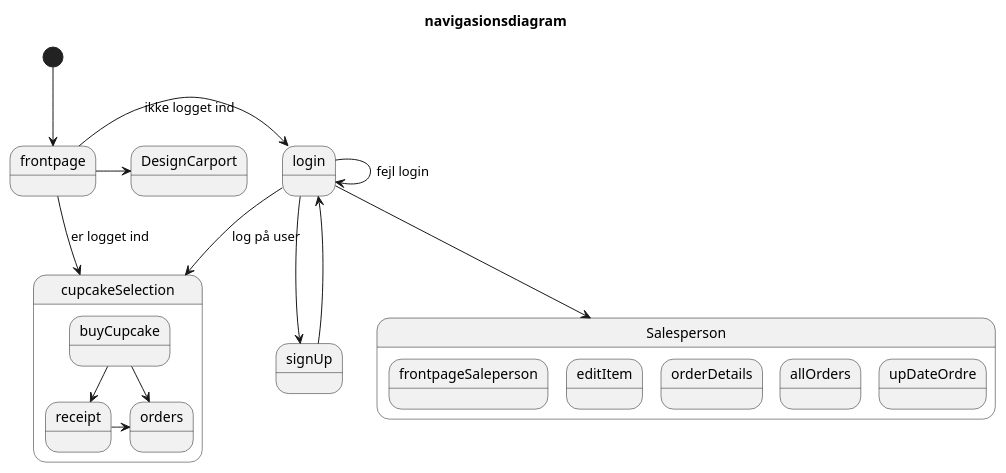
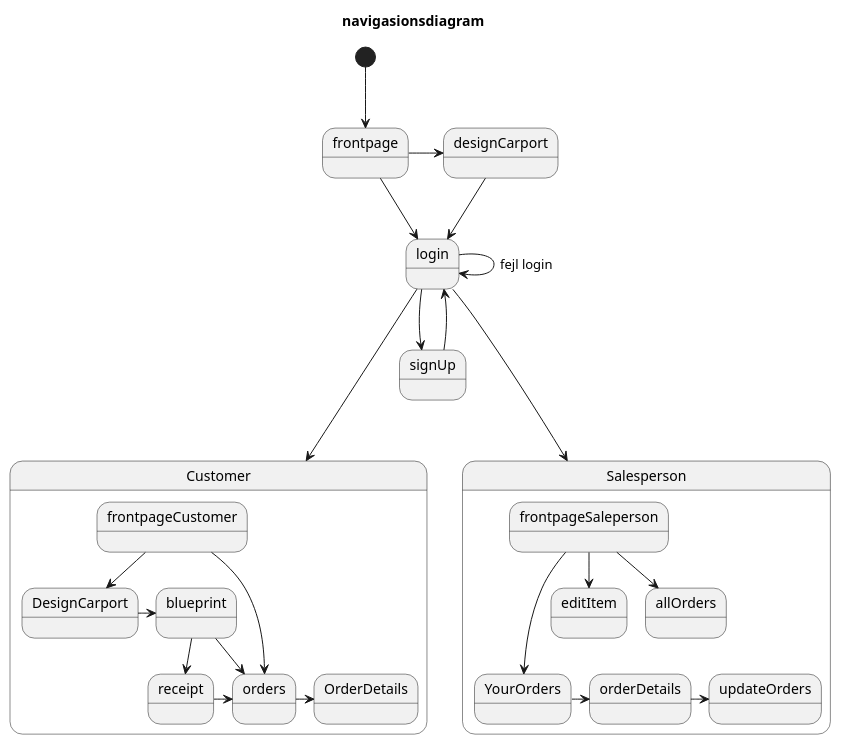
One commit to Laumh-exe/2SemEksamenOpgave changed the diagram in doc/Analyse/PlantUML/NavigasionsDiagram.puml. Above: the diagram before and after it, drawn with PlantUML.

```diff
--- a/doc/Analyse/PlantUML/NavigasionsDiagram.puml
+++ b/doc/Analyse/PlantUML/NavigasionsDiagram.puml
@@ -1,34 +1,37 @@
 @startuml
 Title navigasionsdiagram
 [*] --> frontpage
-frontpage -> login : ikke logget ind
-login --> cupcakeSelection : log på user
+frontpage -> login
+login ---> Customer
 login --> signUp
 login -> login : fejl login
-login --> Salesperson
-frontpage --> cupcakeSelection : er logget ind
-frontpage -> DesignCarport
-
+login ---> Salesperson
+frontpage -> designCarport
+designCarport --> login
 signUp --> login
 
 
 state Salesperson{
-state frontpageSaleperson
-state editItem
-state orderDetails
-state allOrders
-state upDateOrdre
 
+
+frontpageSaleperson --> editItem
+frontpageSaleperson --> allOrders
+frontpageSaleperson ---> YourOrders
+YourOrders -> orderDetails
+orderDetails -> updateOrders
+}
+
+state Customer{
+
+frontpageCustomer --> DesignCarport
+frontpageCustomer -> orders
+DesignCarport -> blueprint
+blueprint --> receipt
+blueprint --> orders
+receipt -> orders
+orders -> OrderDetails
 
 }
 
-state cupcakeSelection{
-state buyCupcake
-state orders
-state receipt
-buyCupcake --> receipt
-buyCupcake --> orders
-receipt -> orders
-}
 
 @enduml
```
